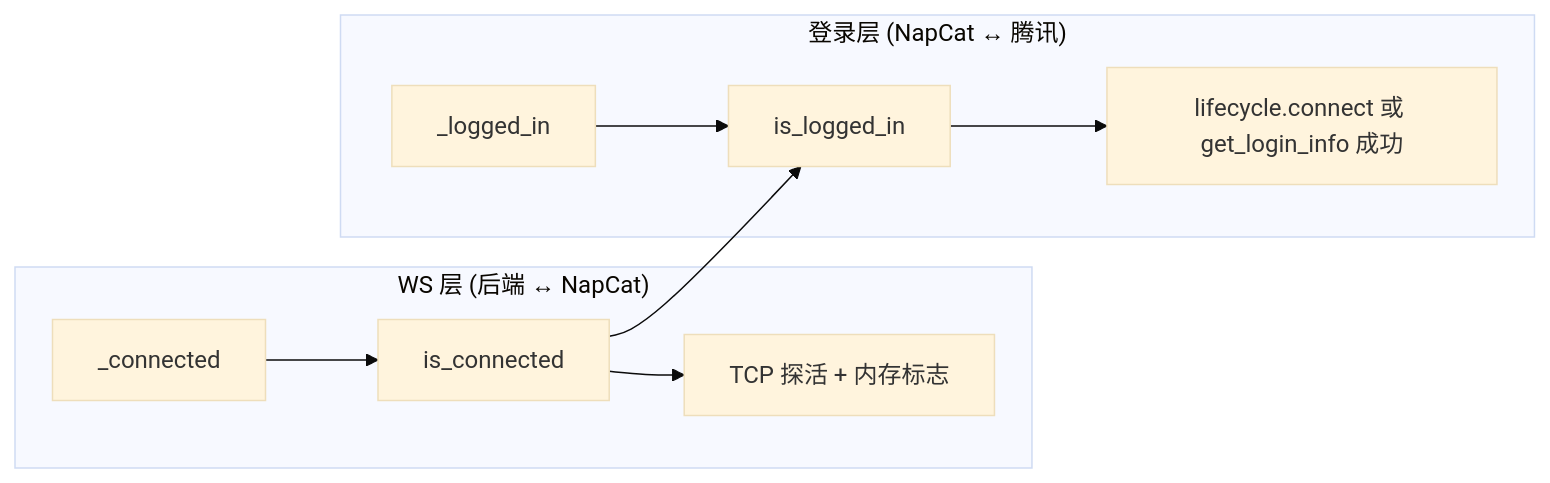
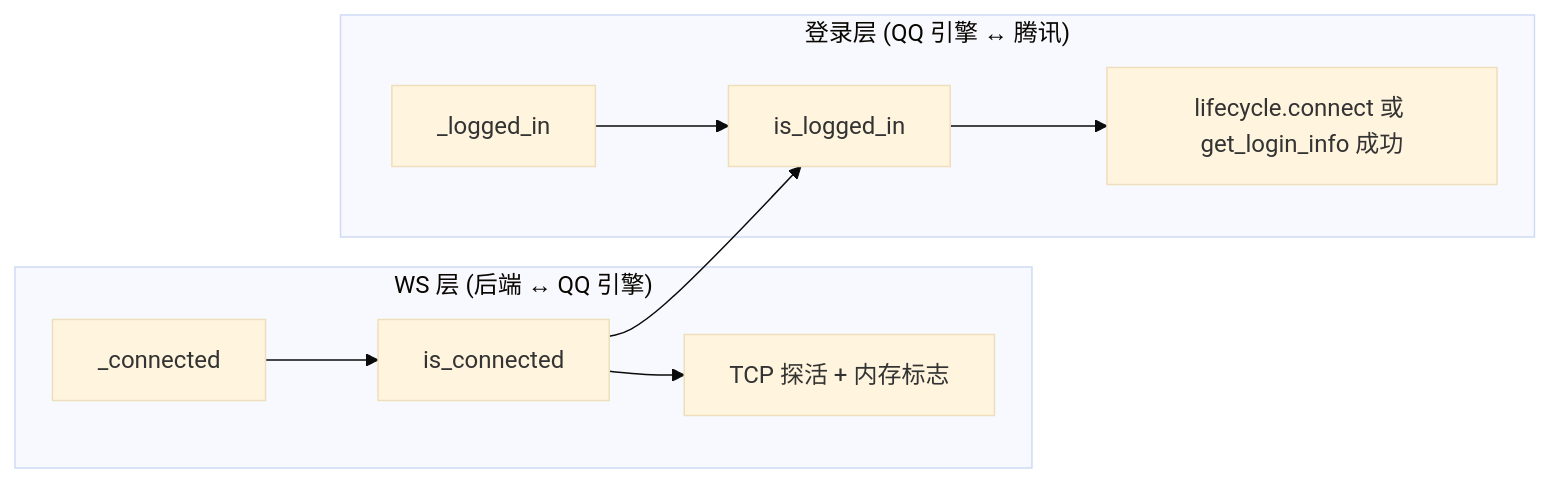
Before and after one commit to Laser1209/Aerie-Yunqi: the second of 3 diagrams in docs/qq-login-timing-investigation.md, drawn with Mermaid (base theme). The commit also changed other lines of this file and 55 other files, not shown here.

````diff
--- a/docs/qq-login-timing-investigation.md
+++ b/docs/qq-login-timing-investigation.md
@@ -93,12 +93,12 @@
 ```mermaid
 graph LR
-    subgraph "WS 层 (后端 ↔ NapCat)"
+    subgraph "WS 层 (后端 ↔ QQ 引擎)"
         W1[_connected] --> W2[is_connected]
         W2 --> W3["TCP 探活 + 内存标志"]
     end
-    subgraph "登录层 (NapCat ↔ 腾讯)"
+    subgraph "登录层 (QQ 引擎 ↔ 腾讯)"
         L1[_logged_in] --> L2[is_logged_in]
         L2 --> L3["lifecycle.connect 或 get_login_info 成功"]
     end
     W2 --> L2
 ```
````
